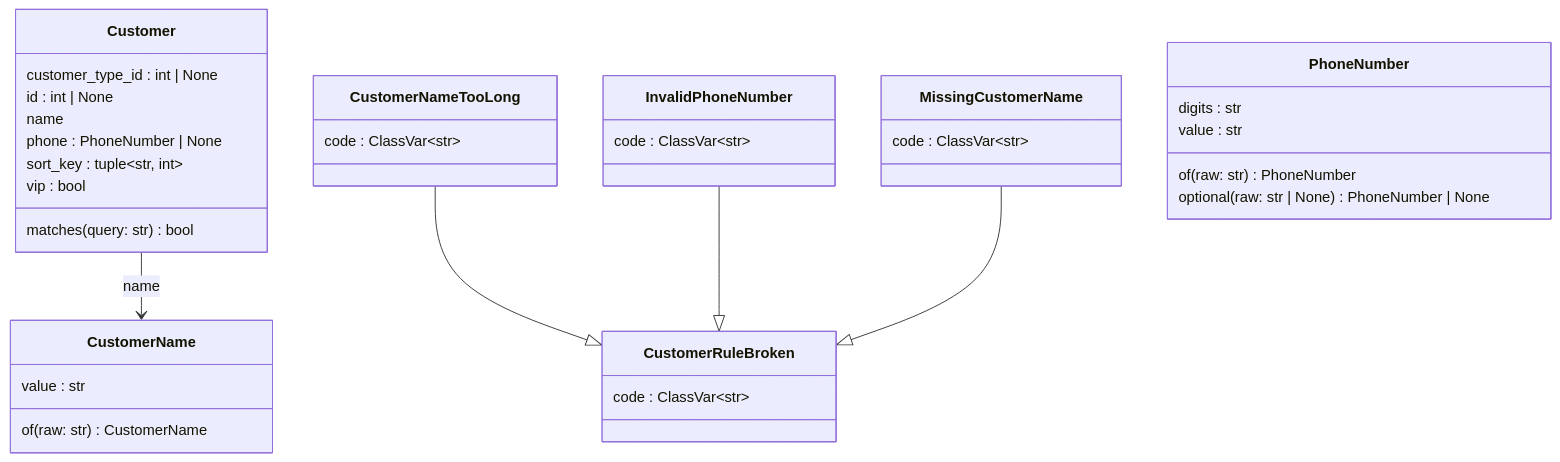
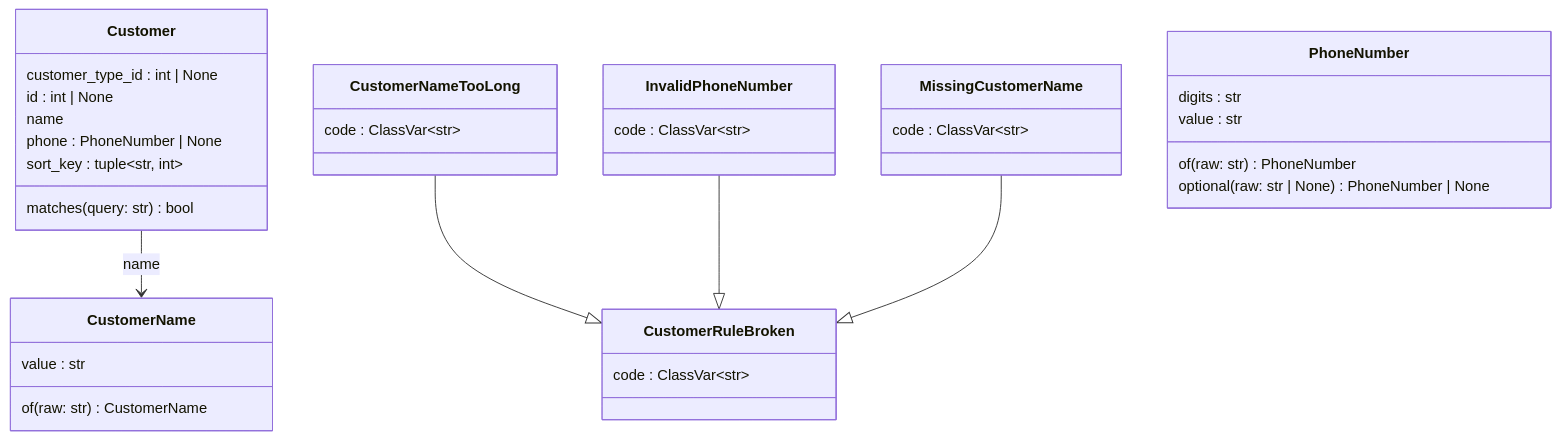
One commit to GonzaloZevallos/apostrophe changed the second of 4 diagrams in docs/architecture/generated/classes/customers.md. Above: the diagram before and after it, drawn with Mermaid. The commit also changed other lines of this file and 7 other files, not shown here.

````diff
--- a/docs/architecture/generated/classes/customers.md
+++ b/docs/architecture/generated/classes/customers.md
@@ -69,38 +67,37 @@
 ```mermaid
 classDiagram
   class Customer {
     customer_type_id : int #124; None
     id : int #124; None
     name
     phone : PhoneNumber #124; None
     sort_key : tuple~str, int~
-    vip : bool
     matches(query: str) bool
   }
   class CustomerName {
     value : str
     of(raw: str) CustomerName
   }
   class CustomerNameTooLong {
     code : ClassVar~str~
   }
   class CustomerRuleBroken {
     code : ClassVar~str~
   }
   class InvalidPhoneNumber {
     code : ClassVar~str~
   }
   class MissingCustomerName {
     code : ClassVar~str~
   }
   class PhoneNumber {
     digits : str
     value : str
     of(raw: str) PhoneNumber
     optional(raw: str #124; None) PhoneNumber #124; None
   }
   Customer --> CustomerName : name
   CustomerNameTooLong --|> CustomerRuleBroken
   InvalidPhoneNumber --|> CustomerRuleBroken
   MissingCustomerName --|> CustomerRuleBroken
 ```
````
